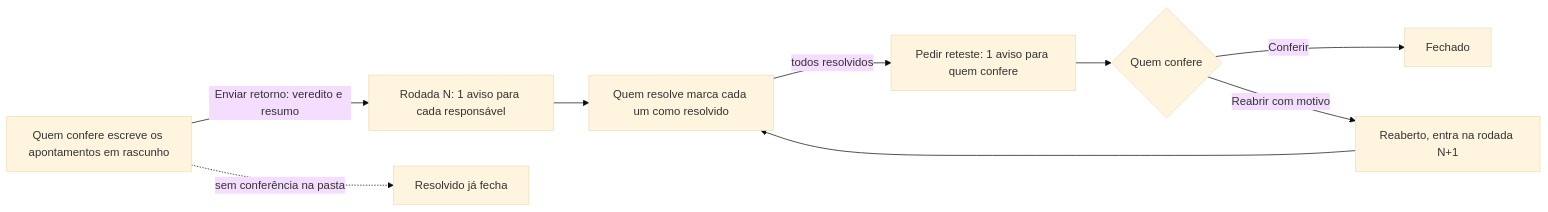
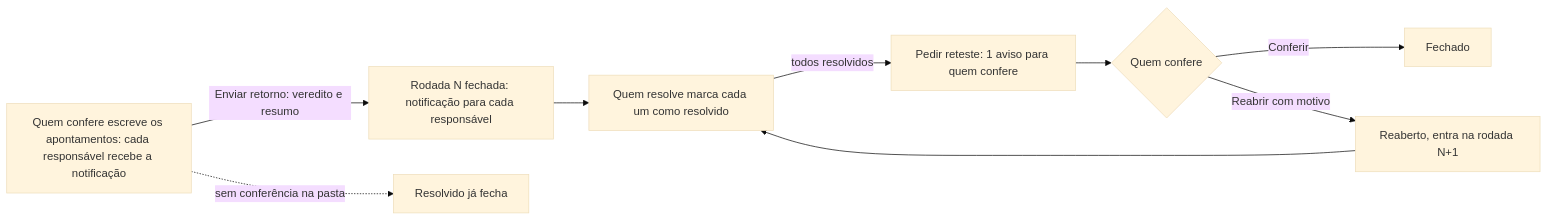
One commit to pernalombr4/prototipos changed the diagram in app/pages/pasta-de-apontamentos/DECISOES.md. Above: the diagram before and after it, drawn with Mermaid (base theme). The commit also changed other lines of this file and 20 other files, not shown here.

Commit message:
[PROTO] pasta-de-apontamentos — rodada 4 — item na gaveta da listagem, responsáveis múltiplos com notificação, cartão resumido, tela cheia em modal largo, filtro rápido, sem link, modelo e rascunho

````diff
--- a/app/pages/pasta-de-apontamentos/DECISOES.md
+++ b/app/pages/pasta-de-apontamentos/DECISOES.md
@@ -108,11 +158,11 @@
 ```mermaid
 flowchart LR
-  A[Quem confere escreve os apontamentos em rascunho] -->|Enviar retorno: veredito e resumo| B[Rodada N: 1 aviso para cada responsável]
+  A[Quem confere escreve os apontamentos: cada responsável recebe a notificação] -->|Enviar retorno: veredito e resumo| B[Rodada N fechada: notificação para cada responsável]
   B --> C[Quem resolve marca cada um como resolvido]
   C -->|todos resolvidos| D[Pedir reteste: 1 aviso para quem confere]
   D --> E{Quem confere}
   E -->|Conferir| F[Fechado]
   E -->|Reabrir com motivo| G[Reaberto, entra na rodada N+1]
   G --> C
   A -.->|sem conferência na pasta| F2[Resolvido já fecha]
 ```
````
